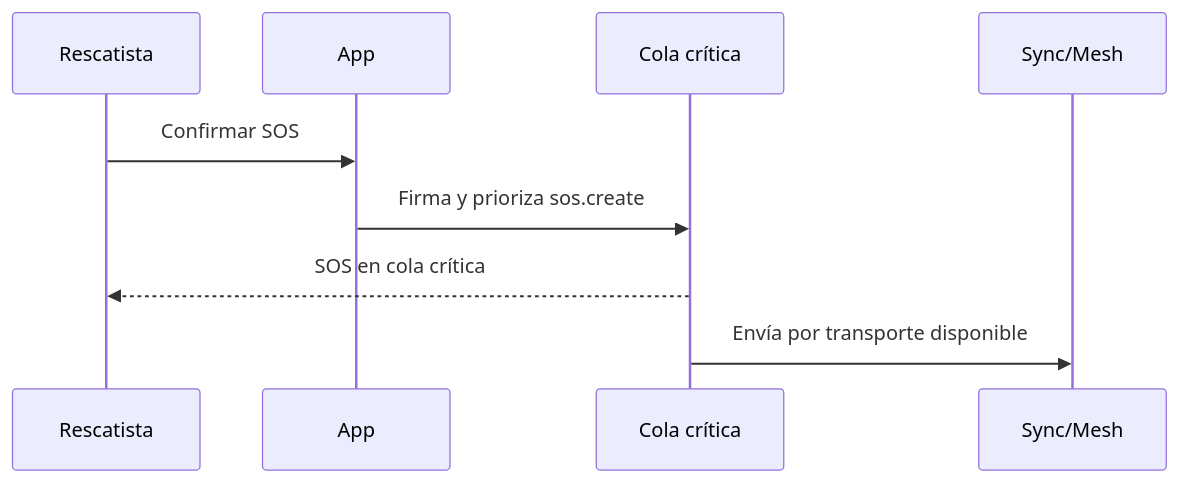
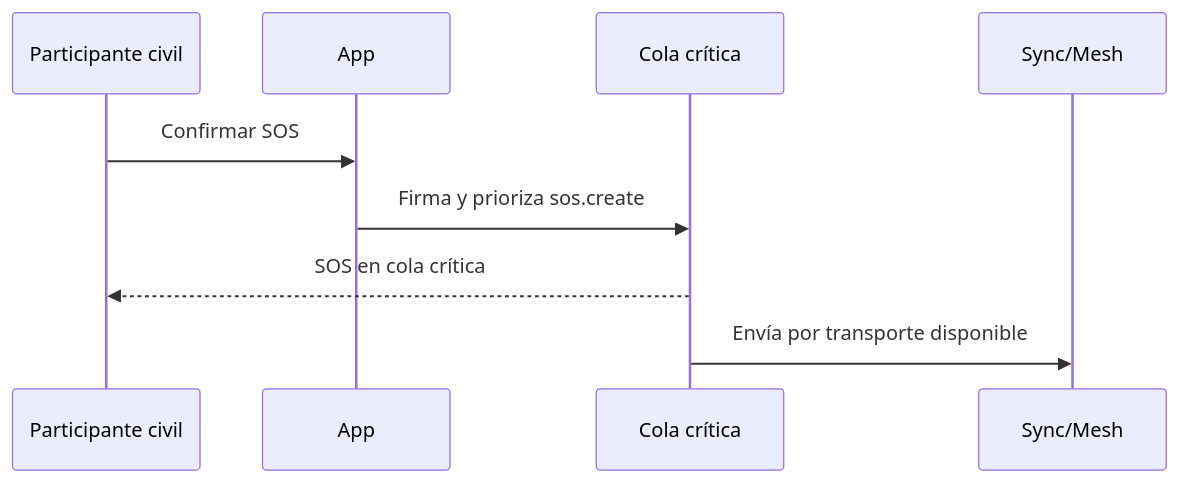
One commit to johan-fx/zero-zone changed the fourth of 4 diagrams in docs/zona_cero_screen_design.md. Above: the diagram before and after it, drawn with Mermaid. The commit also changed other lines of this file and 5 other files, not shown here.

````diff
--- a/docs/zona_cero_screen_design.md
+++ b/docs/zona_cero_screen_design.md
@@ -644,11 +644,11 @@
 ```mermaid
 sequenceDiagram
-  participant U as Rescatista
+  participant U as Participante civil
   participant A as App
   participant Q as Cola crítica
   participant S as Sync/Mesh
   U->>A: Confirmar SOS
   A->>Q: Firma y prioriza sos.create
   Q-->>U: SOS en cola crítica
   Q->>S: Envía por transporte disponible
 ```
````
